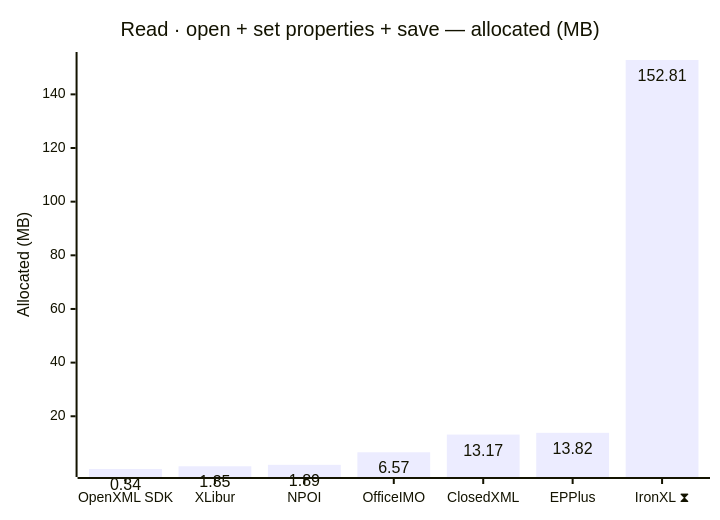
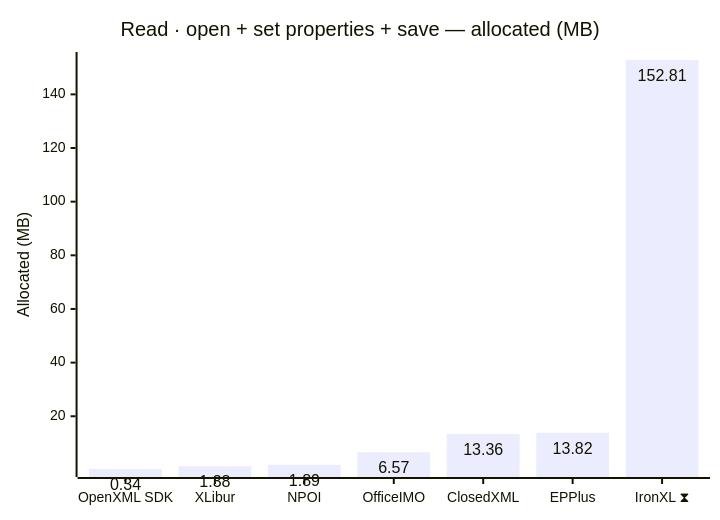
The second of 12 diagrams in docs/results-ci.md (jafin/XLBench), drawn with Mermaid before and after one commit. The commit also changed other lines of this file, not shown here.

````diff
--- a/docs/results-ci.md
+++ b/docs/results-ci.md
@@ -56,12 +56,12 @@
 ```mermaid
 ---
 config:
   xyChart:
     showDataLabel: true
 ---
 xychart-beta
     title "Read · open + set properties + save — allocated (MB)"
     x-axis ["OpenXML SDK", "XLibur", "NPOI", "OfficeIMO", "ClosedXML", "EPPlus", "IronXL ⧗"]
     y-axis "Allocated (MB)"
-    bar [0.34, 1.35, 1.89, 6.57, 13.17, 13.82, 152.81]
+    bar [0.34, 1.38, 1.89, 6.57, 13.36, 13.82, 152.81]
 ```
````
